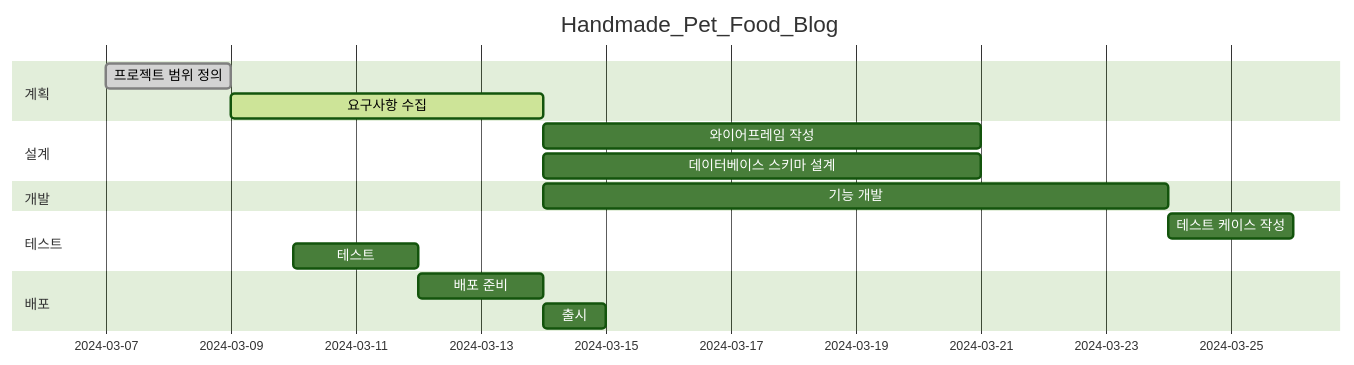
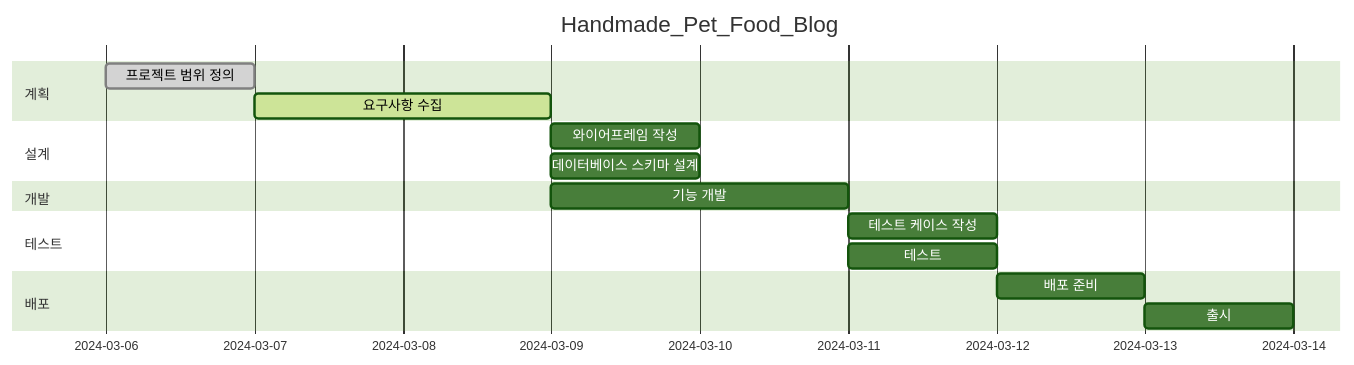
The second of 2 diagrams in README.md (najasinis/Handmade_Pet_Food_Blog), drawn with Mermaid (forest theme) before and after one commit.

````diff
--- a/README.md
+++ b/README.md
@@ -84,19 +84,19 @@
 ```mermaid
 gantt
     title Handmade_Pet_Food_Blog
     dateFormat  YYYY-MM-DD
     section 계획
-    프로젝트 범위 정의        :done,    des1, 2024-03-07, 2d
-    요구사항 수집             :active,  des2, after des1, 5d
+    프로젝트 범위 정의        :done,    des1, 2024-03-06, 1d
+    요구사항 수집             :active,  des2, after des1, 2d
     section 설계
-    와이어프레임 작성         :         des3, after des2, 7d
-    데이터베이스 스키마 설계  :         des4, after des2, 7d
+    와이어프레임 작성         :         des3, after des2, 1d
+    데이터베이스 스키마 설계  :         des4, after des2, 1d
     section 개발
-    기능 개발                :         dev2, after des2, 10d
+    기능 개발                :         dev2, after des2, 2d
     section 테스트
-    테스트 케이스 작성       :         tes1, after dev2, 2d
-    테스트                  :         tes2, after dev1, 2d
+    테스트 케이스 작성       :         tes1, after dev2, 1d
+    테스트                  :         tes2, after dev2, 1d
     section 배포
-    배포 준비               :         dep1, after tes2, 2d
+    배포 준비               :         dep1, after tes2, 1d
     출시                    :         dep2, after dep1, 1d
 ```
````
